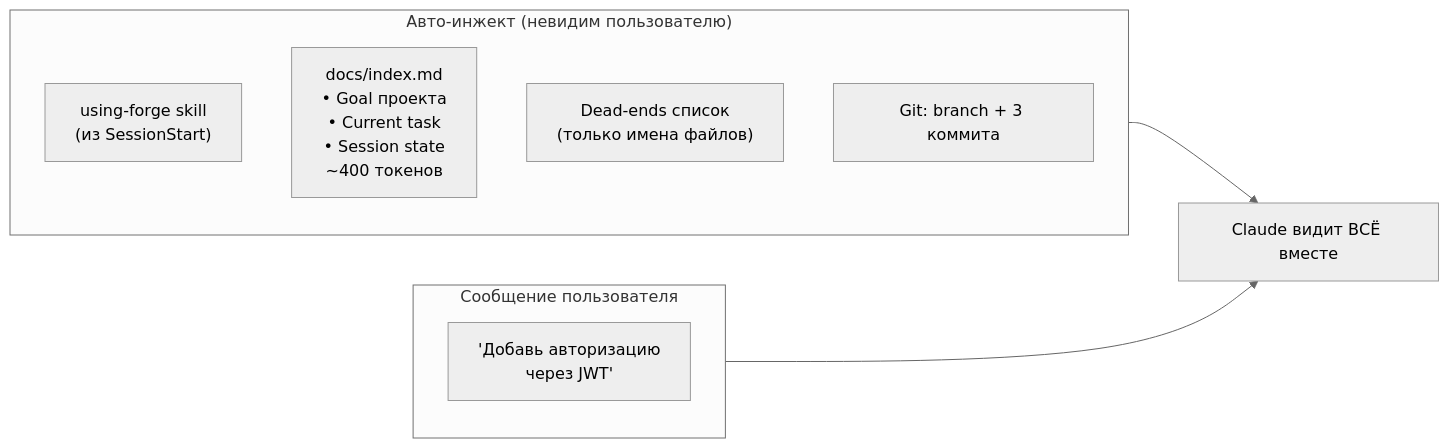
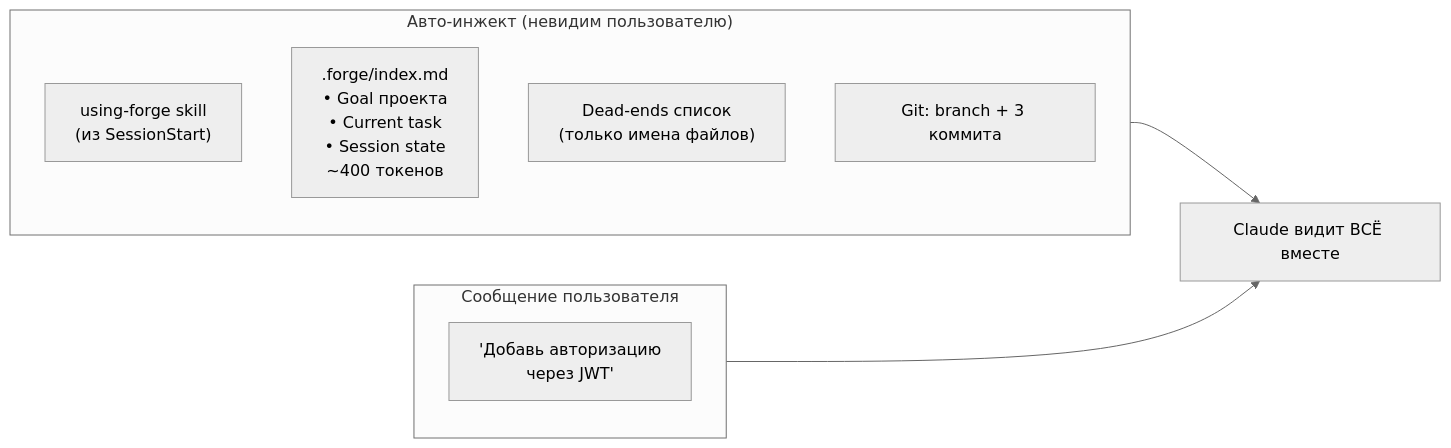
The second of 5 diagrams in forge-plugin/docs/forge-runtime-flow.md (anton-ai5010/forge), drawn with Mermaid (neutral theme) before and after one commit. The commit also changed other lines of this file and 42 other files, not shown here.

````diff
--- a/forge-plugin/docs/forge-runtime-flow.md
+++ b/forge-plugin/docs/forge-runtime-flow.md
@@ -47,17 +47,17 @@
 ```mermaid
 flowchart LR
     subgraph INJECTED["Авто-инжект (невидим пользователю)"]
         direction TB
         IC1["using-forge skill<br/>(из SessionStart)"]
-        IC2["docs/index.md<br/>• Goal проекта<br/>• Current task<br/>• Session state<br/>~400 токенов"]
+        IC2[".forge/index.md<br/>• Goal проекта<br/>• Current task<br/>• Session state<br/>~400 токенов"]
         IC3["Dead-ends список<br/>(только имена файлов)"]
         IC4["Git: branch + 3 коммита"]
     end
 
     subgraph USER_MSG["Сообщение пользователя"]
         UM["'Добавь авторизацию<br/>через JWT'"]
     end
 
     INJECTED --> CLAUDE["Claude видит ВСЁ вместе"]
     USER_MSG --> CLAUDE
 ```
````
